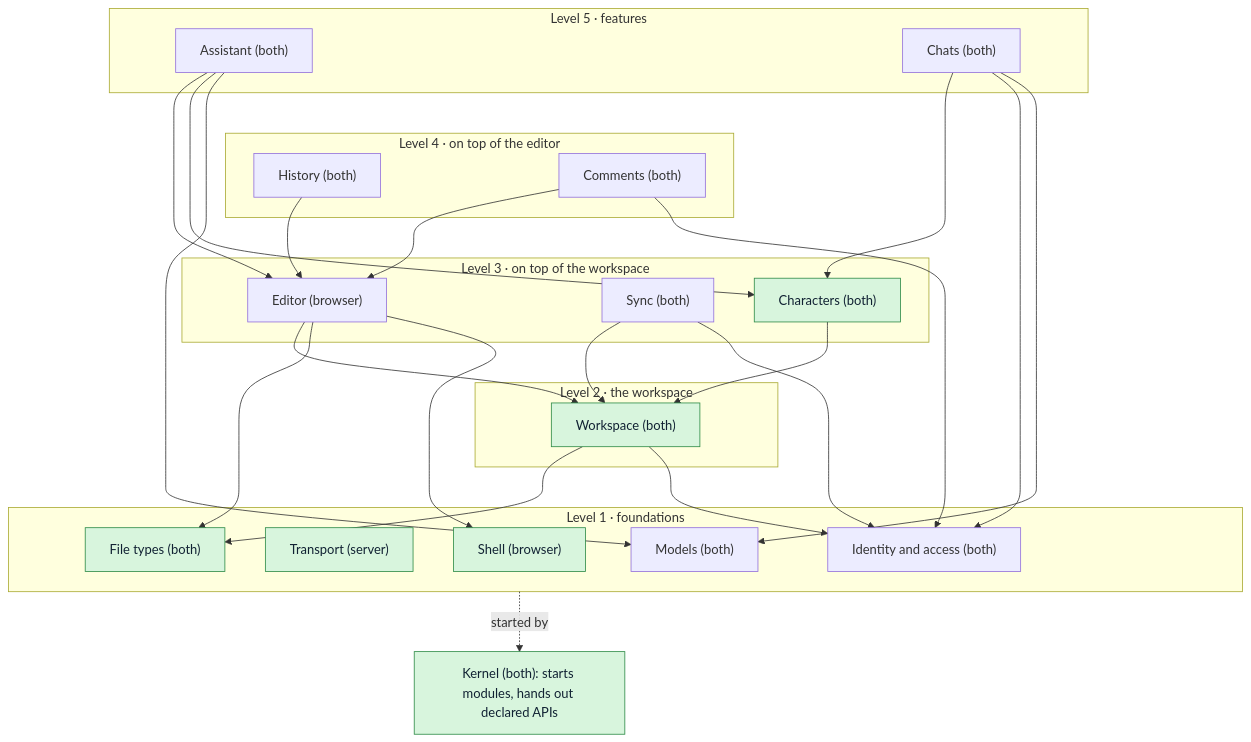
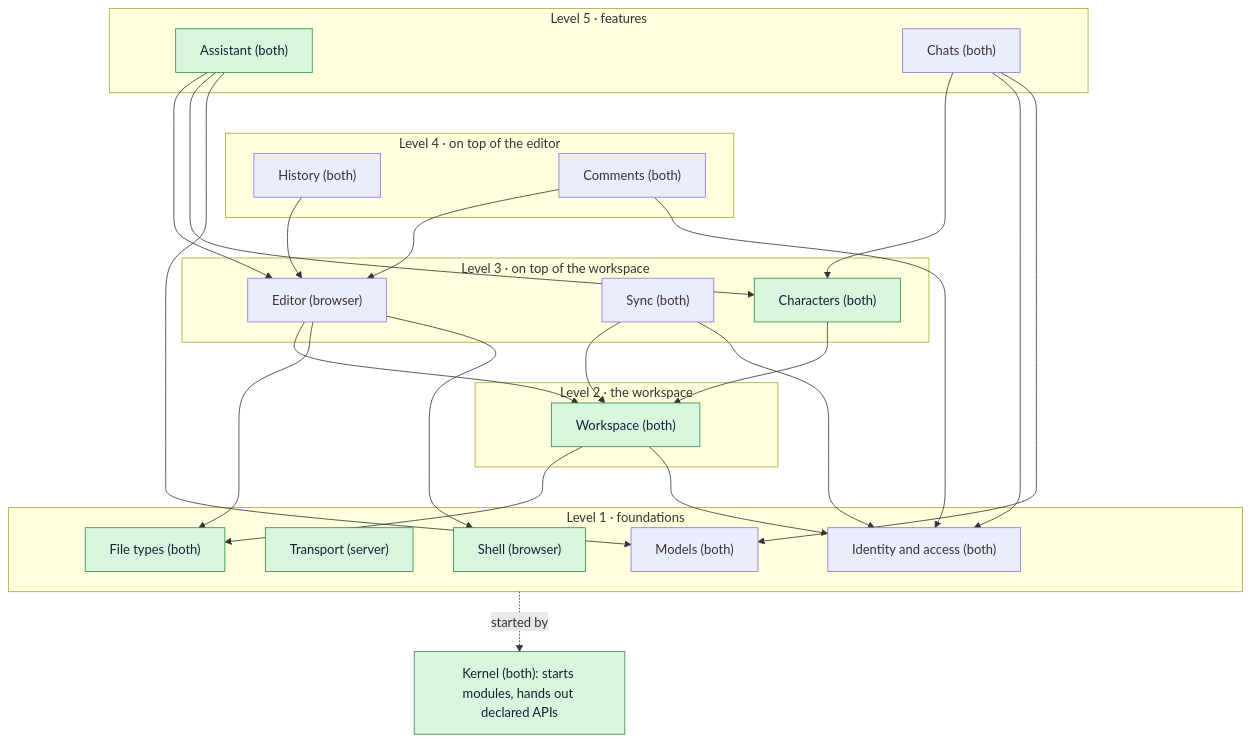
The first of 5 diagrams in docs/ARCHITECTURE.md (RustColeone/StiloMarker), drawn with Mermaid before and after one commit. The commit also changed other lines of this file and 21 other files, not shown here.

````diff
--- a/docs/ARCHITECTURE.md
+++ b/docs/ARCHITECTURE.md
@@ -46,41 +46,41 @@
 ```mermaid
 flowchart TB
   subgraph L5["Level 5 · features"]
     Assistant["Assistant (both)"]
     Chats["Chats (both)"]
   end
   subgraph L4["Level 4 · on top of the editor"]
     History["History (both)"]
     Comments["Comments (both)"]
   end
   subgraph L3["Level 3 · on top of the workspace"]
     Editor["Editor (browser)"]
     Sync["Sync (both)"]
     Characters["Characters (both)"]
   end
   subgraph L2["Level 2 · the workspace"]
     Workspace["Workspace (both)"]
   end
   subgraph L1["Level 1 · foundations"]
     Shell["Shell (browser)"]
     Transport["Transport (server)"]
     Identity["Identity and access (both)"]
     FileTypes["File types (both)"]
     Models["Models (both)"]
   end
   Kernel["Kernel (both): starts modules, hands out declared APIs"]
 
   Assistant --> Editor & Characters & Models
   Chats --> Characters & Identity & Models
   History --> Editor
   Comments --> Editor & Identity
   Editor --> Workspace & FileTypes & Shell
   Characters --> Workspace
   Sync --> Workspace & Identity
   Workspace --> FileTypes & Identity
   L1 -.started by.-> Kernel
   L5 ~~~ L4 ~~~ L3 ~~~ L2 ~~~ L1
 
   classDef built fill:#d8f5dd,stroke:#2e8b47,color:#123;
-  class Shell,Transport,FileTypes,Workspace,Characters,Kernel built;
+  class Shell,Transport,FileTypes,Workspace,Characters,Assistant,Kernel built;
 ```
````
